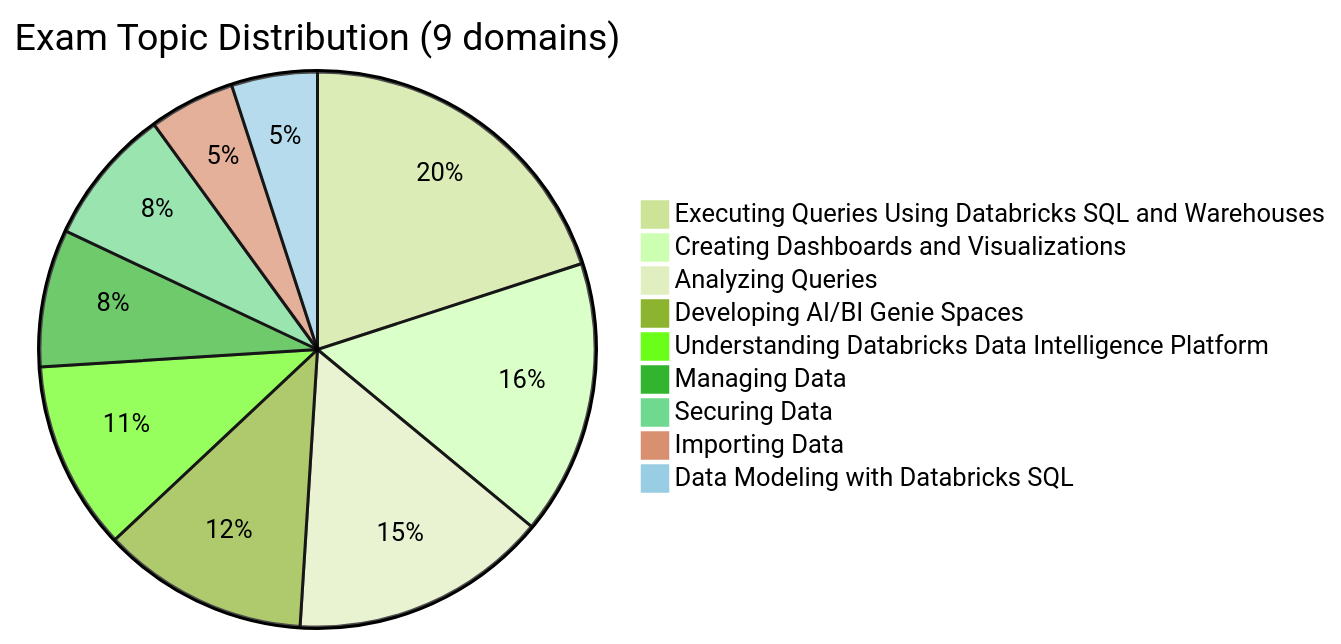
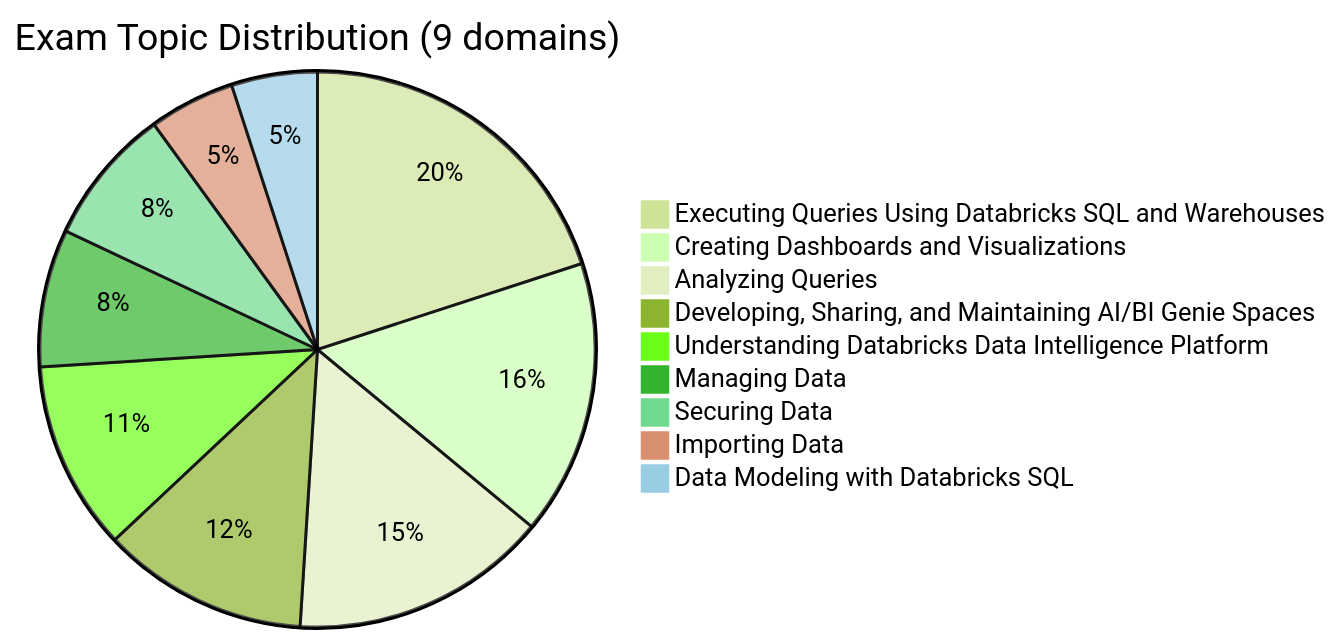
Before and after one commit to kengio/databricks-certification-study-guide: the diagram in certifications/data-analyst-associate/README.md, drawn with Mermaid (forest theme). The commit also changed other lines of this file and 9 other files, not shown here.

````diff
--- a/certifications/data-analyst-associate/README.md
+++ b/certifications/data-analyst-associate/README.md
@@ -42,12 +42,12 @@
 ```mermaid
 pie title Exam Topic Distribution (9 domains)
     "Executing Queries Using Databricks SQL and Warehouses" : 20
     "Creating Dashboards and Visualizations" : 16
     "Analyzing Queries" : 15
-    "Developing AI/BI Genie Spaces" : 12
+    "Developing, Sharing, and Maintaining AI/BI Genie Spaces" : 12
     "Understanding Databricks Data Intelligence Platform" : 11
     "Managing Data" : 8
     "Securing Data" : 8
     "Importing Data" : 5
     "Data Modeling with Databricks SQL" : 5
 ```
````
